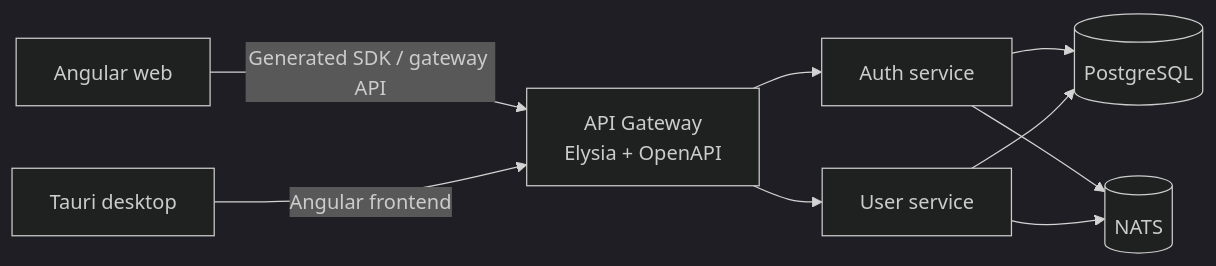
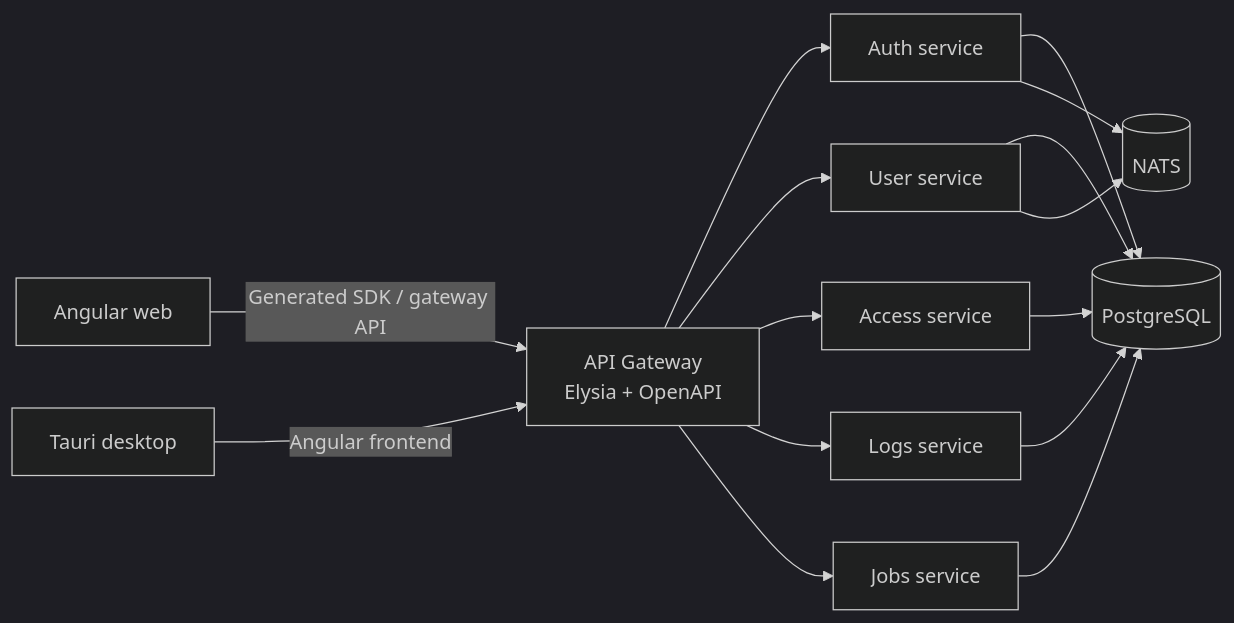
The diagram in README.md (ojiepermana/monobungsya), drawn with Mermaid (dark theme) before and after one commit. The commit also changed other lines of this file and 21 other files, not shown here.

````diff
--- a/README.md
+++ b/README.md
@@ -7,19 +7,28 @@
 ```mermaid
 flowchart LR
   web[Angular web]
   desktop[Tauri desktop]
   gateway[API Gateway\nElysia + OpenAPI]
   auth[Auth service]
   user[User service]
+  access[Access service]
+  logs[Logs service]
+  jobs[Jobs service]
   postgres[(PostgreSQL)]
   nats[(NATS)]
 
   web -->|Generated SDK / gateway API| gateway
   desktop -->|Angular frontend| gateway
   gateway --> auth
   gateway --> user
+  gateway --> access
+  gateway --> logs
+  gateway --> jobs
   auth --> postgres
   user --> postgres
+  access --> postgres
+  logs --> postgres
+  jobs --> postgres
   auth --> nats
   user --> nats
 ```
````
